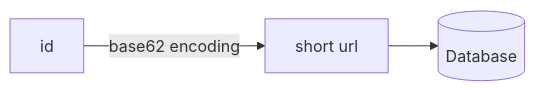
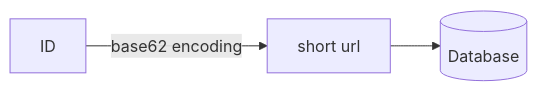
One commit to songkg7/haril-vault changed the second of 4 diagrams in backlog/URL Shortener.md. Above: the diagram before and after it, drawn with Mermaid. The commit also changed other lines of this file and 1 other file, not shown here.

````diff
--- a/backlog/URL Shortener.md
+++ b/backlog/URL Shortener.md
@@ -111,5 +111,5 @@
 ```mermaid
 flowchart LR
-    id --base62 encoding--> surl[short url]
+    ID --base62 encoding--> surl[short url]
     surl --> db[(Database)]
 ```
````
